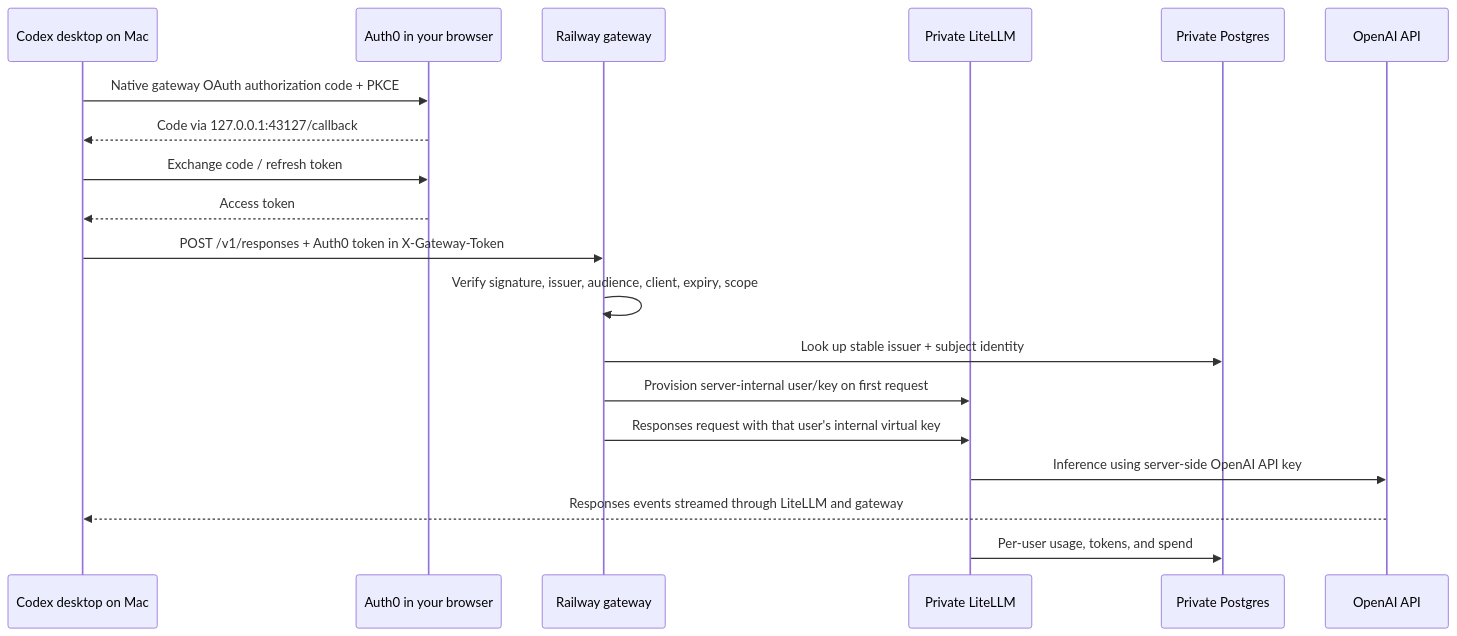
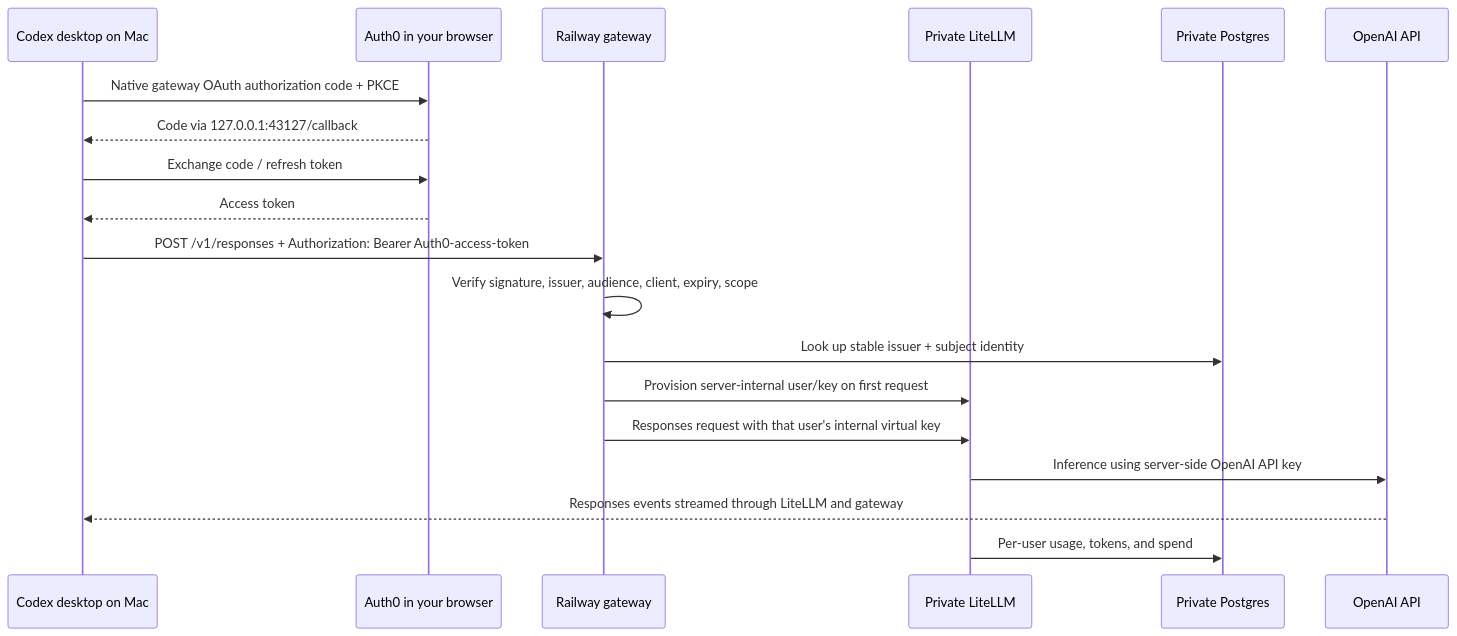
One commit to tzehon/research changed the diagram in railway-litellm-auth0/README.md. Above: the diagram before and after it, drawn with Mermaid. The commit also changed other lines of this file and 7 other files, not shown here.

Commit message:
Use Authorization for native gateway OAuth tokens

````diff
--- a/railway-litellm-auth0/README.md
+++ b/railway-litellm-auth0/README.md
@@ -31,21 +31,21 @@
 ```mermaid
 sequenceDiagram
     participant C as Codex desktop on Mac
     participant A as Auth0 in your browser
     participant G as Railway gateway
     participant L as Private LiteLLM
     participant D as Private Postgres
     participant O as OpenAI API
     C->>A: Native gateway OAuth authorization code + PKCE
     A-->>C: Code via 127.0.0.1:43127/callback
     C->>A: Exchange code / refresh token
     A-->>C: Access token
-    C->>G: POST /v1/responses + Auth0 token in X-Gateway-Token
+    C->>G: POST /v1/responses + Authorization: Bearer Auth0-access-token
     G->>G: Verify signature, issuer, audience, client, expiry, scope
     G->>D: Look up stable issuer + subject identity
     G->>L: Provision server-internal user/key on first request
     G->>L: Responses request with that user's internal virtual key
     L->>O: Inference using server-side OpenAI API key
     O-->>C: Responses events streamed through LiteLLM and gateway
     L->>D: Per-user usage, tokens, and spend
 ```
````
